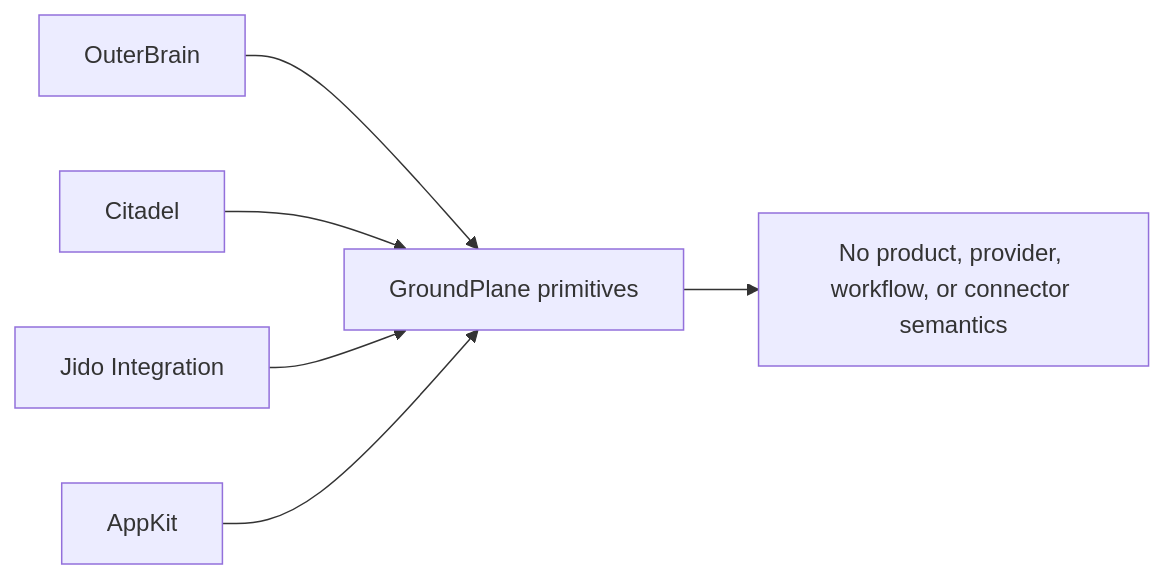
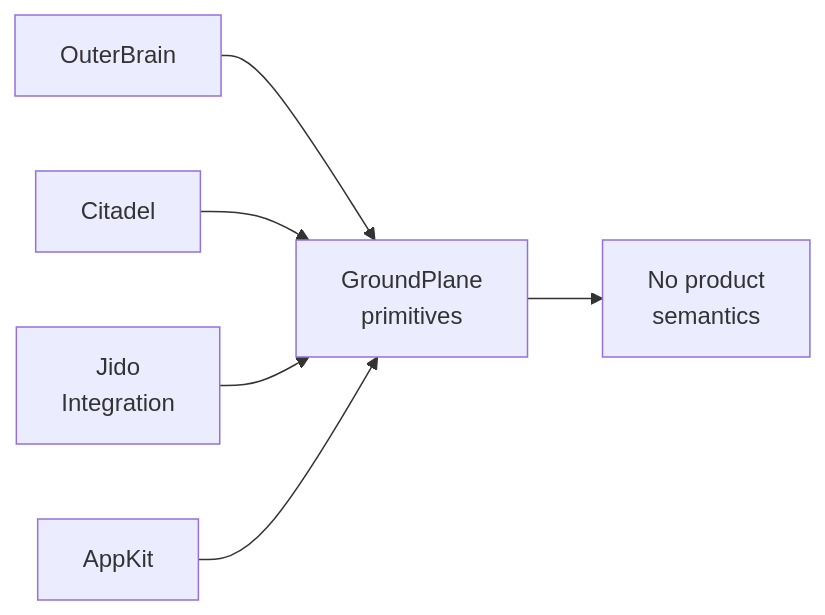
The second of 2 diagrams in README.md (nshkrdotcom/ground_plane), drawn with Mermaid before and after one commit. The commit also changed other lines of this file, not shown here.

Commit message:
docs: wrap README Mermaid labels

````diff
--- a/README.md
+++ b/README.md
@@ -115,8 +115,8 @@
 ```mermaid
 flowchart LR
-  OuterBrain["OuterBrain"] --> Primitives["GroundPlane primitives"]
+  OuterBrain["OuterBrain"] --> Primitives["GroundPlane<br/>primitives"]
   Citadel["Citadel"] --> Primitives
-  Jido["Jido Integration"] --> Primitives
+  Jido["Jido<br/>Integration"] --> Primitives
   AppKit["AppKit"] --> Primitives
-  Primitives --> Rule["No product, provider, workflow, or connector semantics"]
+  Primitives --> Rule["No product<br/>semantics"]
 ```
````
